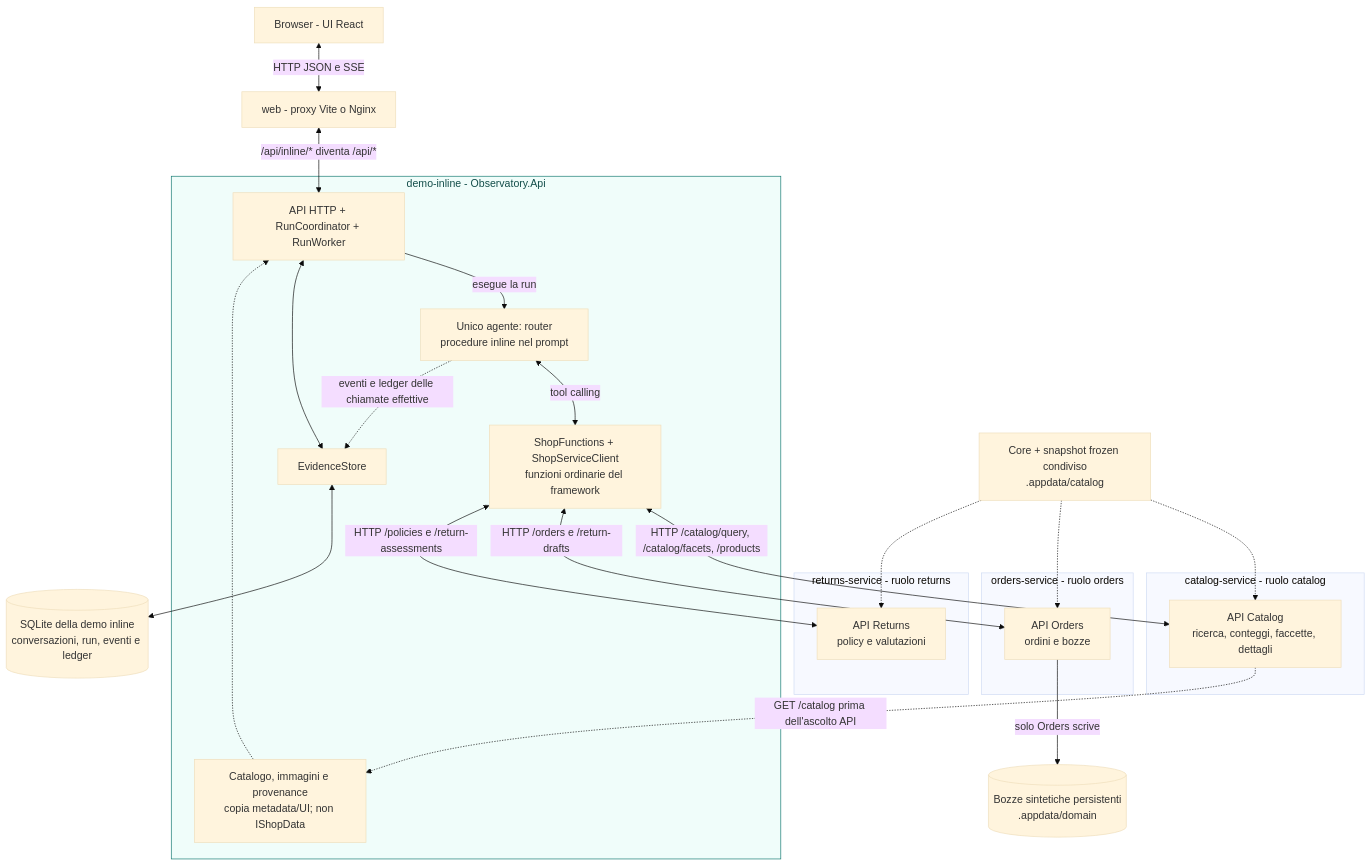
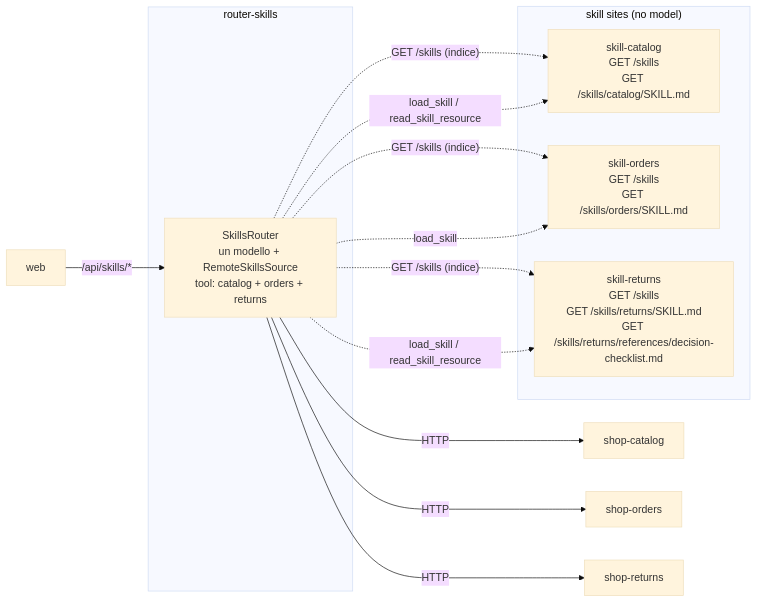
The second of 3 diagrams in ARCHITETTURA.md (andreatosato/1nn0vaAI), drawn with Mermaid (base theme) before and after one commit. The commit also changed other lines of this file and 262 other files, not shown here.

````diff
--- a/ARCHITETTURA.md
+++ b/ARCHITETTURA.md
@@ -44,40 +76,21 @@
 ```mermaid
-flowchart TB
-    UI["Browser - UI React"] <-->|"HTTP JSON e SSE"| WEB["web - proxy Vite o Nginx"]
-
-    subgraph API["demo-inline - Observatory.Api"]
-        ENTRY["API HTTP + RunCoordinator + RunWorker"]
-        ROUTER["Unico agente: router<br/>procedure inline nel prompt"]
-        TOOLS["ShopFunctions + ShopServiceClient<br/>funzioni ordinarie del framework"]
-        META["Catalogo, immagini e provenance<br/>copia metadata/UI; non IShopData"]
-        STORE["EvidenceStore"]
-        ENTRY -->|"esegue la run"| ROUTER
-        ROUTER <-->|"tool calling"| TOOLS
-        META -.-> ENTRY
-        ENTRY <--> STORE
-        ROUTER -.->|"eventi e ledger delle chiamate effettive"| STORE
+flowchart LR
+    WEB["web"] -->|"/api/skills/*"| ROUTER
+    subgraph RS["router-skills"]
+        ROUTER["SkillsRouter<br/>un modello + RemoteSkillsSource<br/>tool: catalog + orders + returns"]
     end
-
-    subgraph CATALOG["catalog-service - ruolo catalog"]
-        CATALOG_HTTP["API Catalog<br/>ricerca, conteggi, faccette, dettagli"]
+    subgraph SS["skill sites (no model)"]
+        SKC["skill-catalog<br/>GET /skills<br/>GET /skills/catalog/SKILL.md"]
+        SKO["skill-orders<br/>GET /skills<br/>GET /skills/orders/SKILL.md"]
+        SKR["skill-returns<br/>GET /skills<br/>GET /skills/returns/SKILL.md<br/>GET /skills/returns/references/decision-checklist.md"]
     end
-    subgraph ORDERS["orders-service - ruolo orders"]
-        ORDERS_HTTP["API Orders<br/>ordini e bozze"]
-    end
-    subgraph RETURNS["returns-service - ruolo returns"]
-        RETURNS_HTTP["API Returns<br/>policy e valutazioni"]
-    end
-
-    WEB <-->|"/api/inline/* diventa /api/*"| ENTRY
-    TOOLS <-->|"HTTP /catalog/query, /catalog/facets, /products"| CATALOG_HTTP
-    TOOLS <-->|"HTTP /orders e /return-drafts"| ORDERS_HTTP
-    TOOLS <-->|"HTTP /policies e /return-assessments"| RETURNS_HTTP
-    CATALOG_HTTP -.->|"GET /catalog prima dell'ascolto API"| META
-    FIXTURES["Core + snapshot frozen condiviso<br/>.appdata/catalog"] -.-> CATALOG_HTTP
-    FIXTURES -.-> ORDERS_HTTP
-    FIXTURES -.-> RETURNS_HTTP
-    ORDERS_HTTP -->|"solo Orders scrive"| DRAFTS[("Bozze sintetiche persistenti<br/>.appdata/domain")]
-    STORE <--> DB[("SQLite della demo inline<br/>conversazioni, run, eventi e ledger")]
-
-    style API fill:#f0fdfa,stroke:#0f766e,color:#134e4a
+    ROUTER -.->|"GET /skills (indice)"| SKC
+    ROUTER -.->|"GET /skills (indice)"| SKO
+    ROUTER -.->|"GET /skills (indice)"| SKR
+    ROUTER -.->|"load_skill / read_skill_resource"| SKC
+    ROUTER -.->|"load_skill"| SKO
+    ROUTER -.->|"load_skill / read_skill_resource"| SKR
+    ROUTER -->|"HTTP"| SC["shop-catalog"]
+    ROUTER -->|"HTTP"| SO["shop-orders"]
+    ROUTER -->|"HTTP"| SR["shop-returns"]
 ```
````
